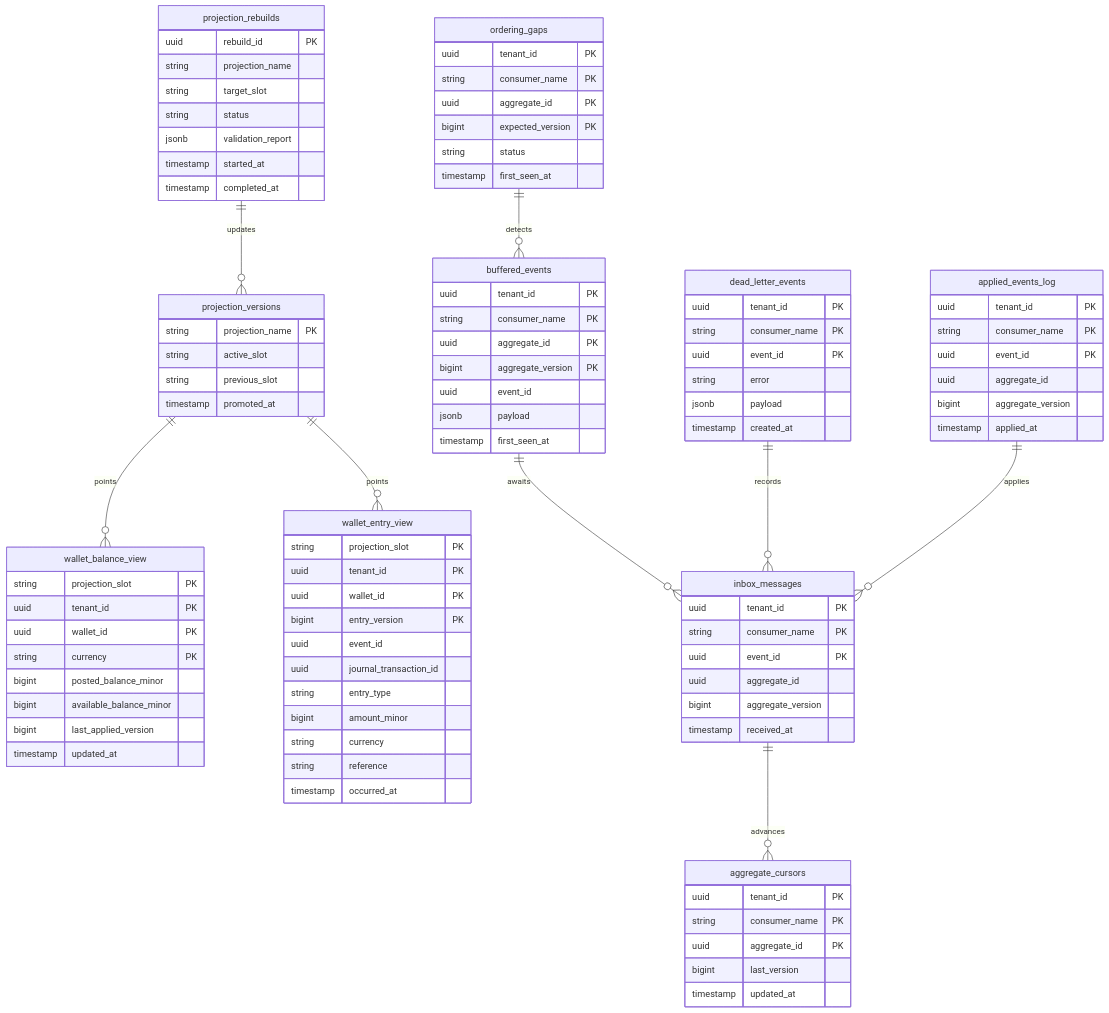
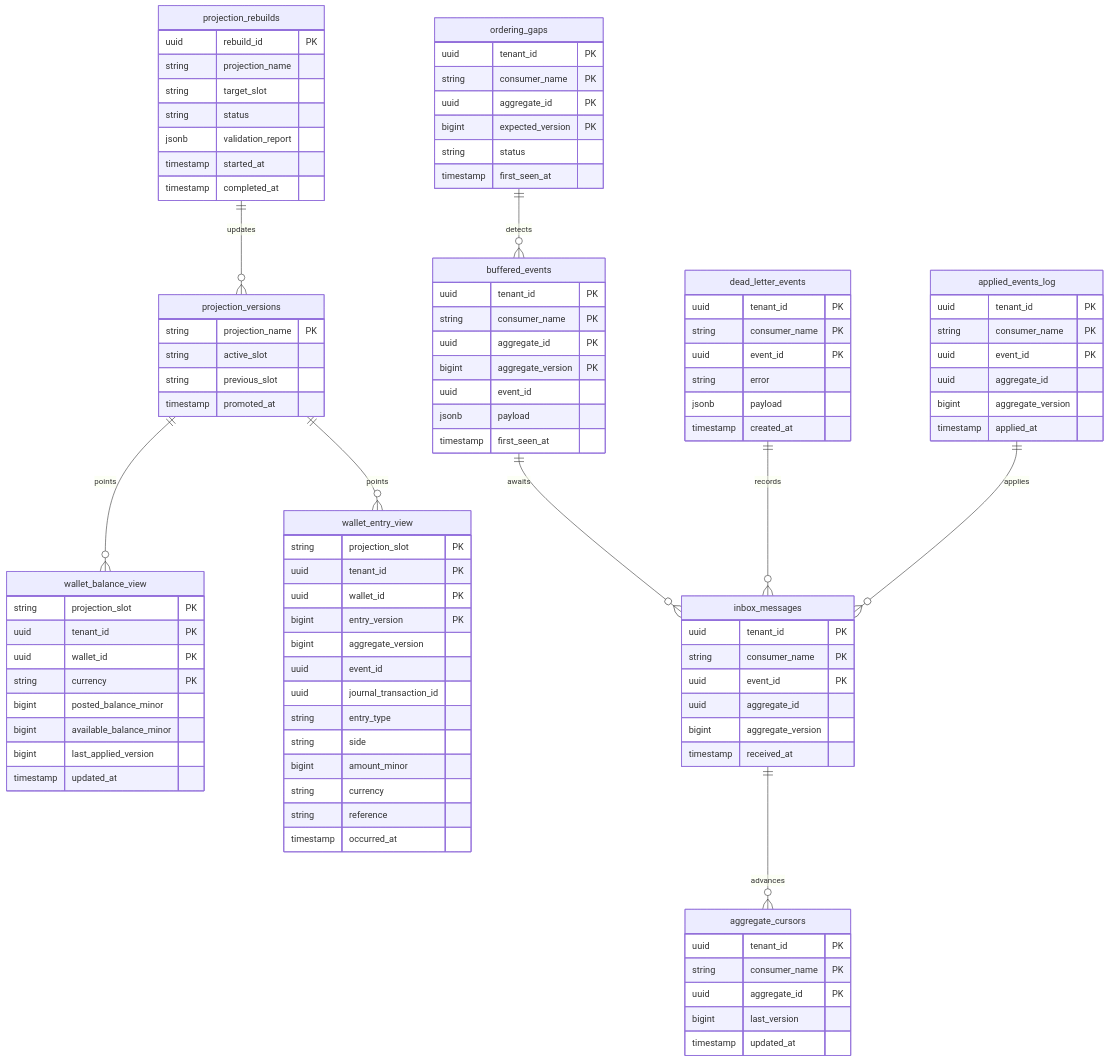
Before and after one commit to prajexec/Wallet: the fourth of 4 diagrams in docs/data-model.md, drawn with Mermaid. The commit also changed 11 other files, not shown here.

Commit message:
feat(projector): add dual-slot projection schema

```diff
--- a/docs/data-model.md
+++ b/docs/data-model.md
@@ -271,9 +271,11 @@
         uuid tenant_id PK
         uuid wallet_id PK
         bigint entry_version PK
+        bigint aggregate_version
         uuid event_id
         uuid journal_transaction_id
         string entry_type
+        string side
         bigint amount_minor
         string currency
         string reference
```
